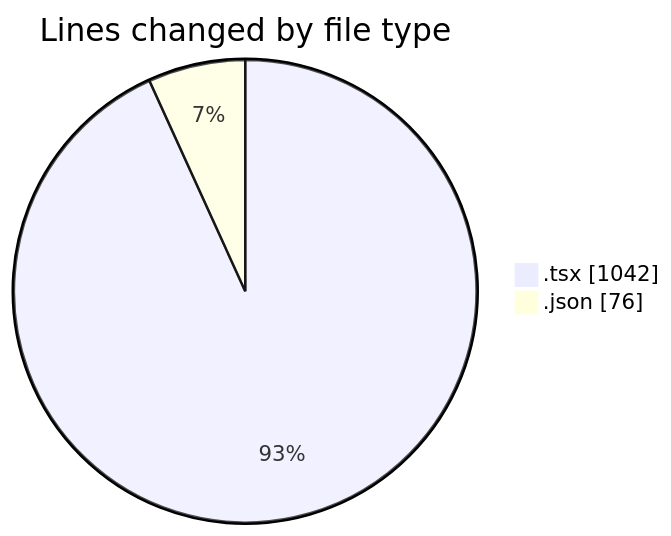
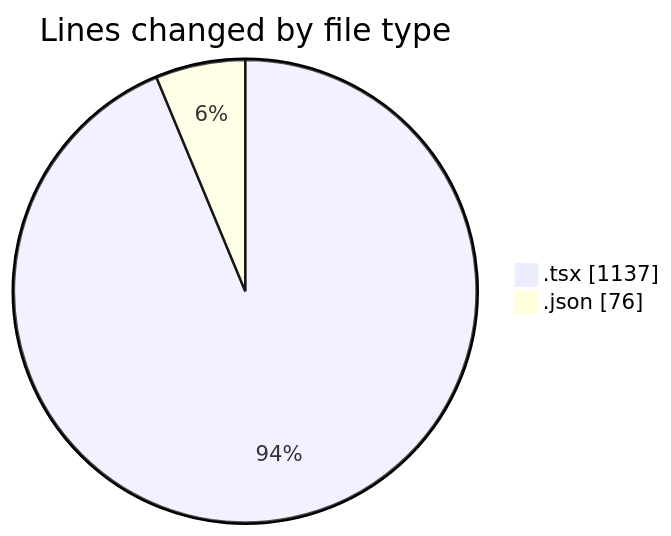
The first of 2 diagrams in 2026-01-30/nxtqube_webapp/README.md (nxtqubesakshisongat/code-tracking), drawn with Mermaid before and after one commit. The commit also changed other lines of this file and 1 other file, not shown here.

````diff
--- a/2026-01-30/nxtqube_webapp/README.md
+++ b/2026-01-30/nxtqube_webapp/README.md
@@ -23,6 +23,6 @@
 ```mermaid
 pie showData
 title Lines changed by file type
-".tsx" : 1042
+".tsx" : 1137
 ".json" : 76
 ```
````
